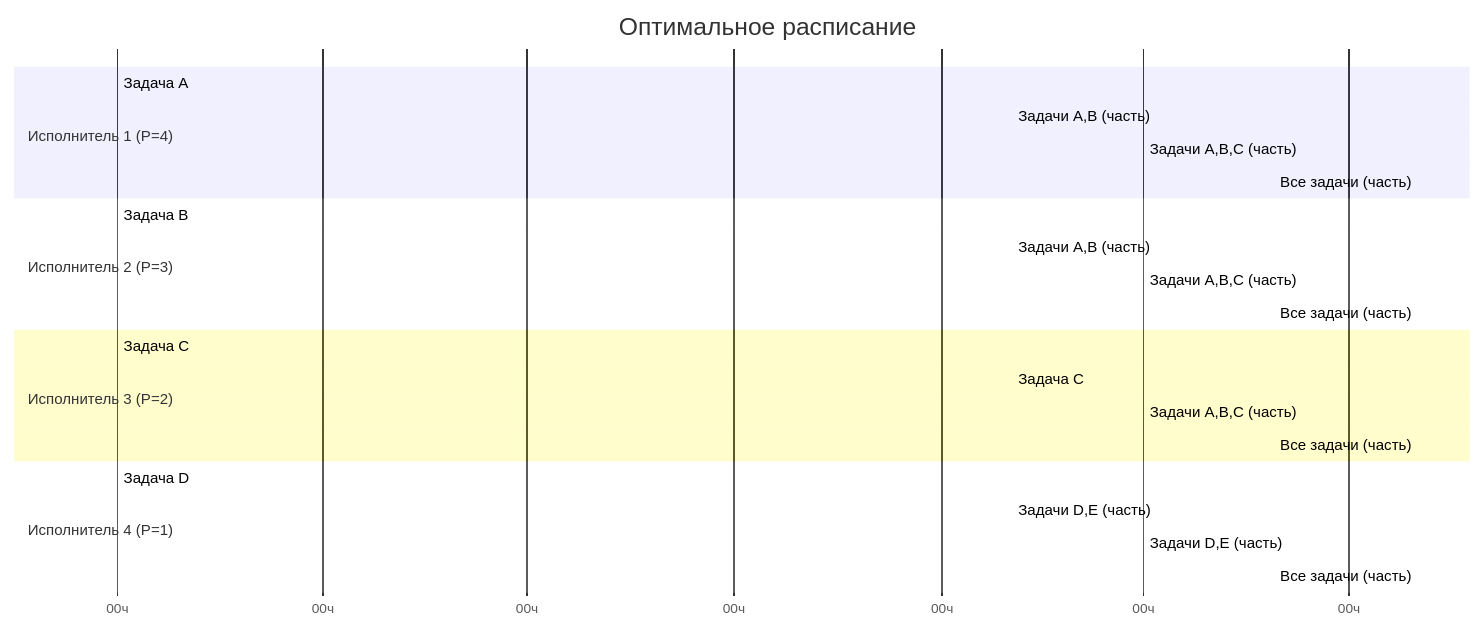
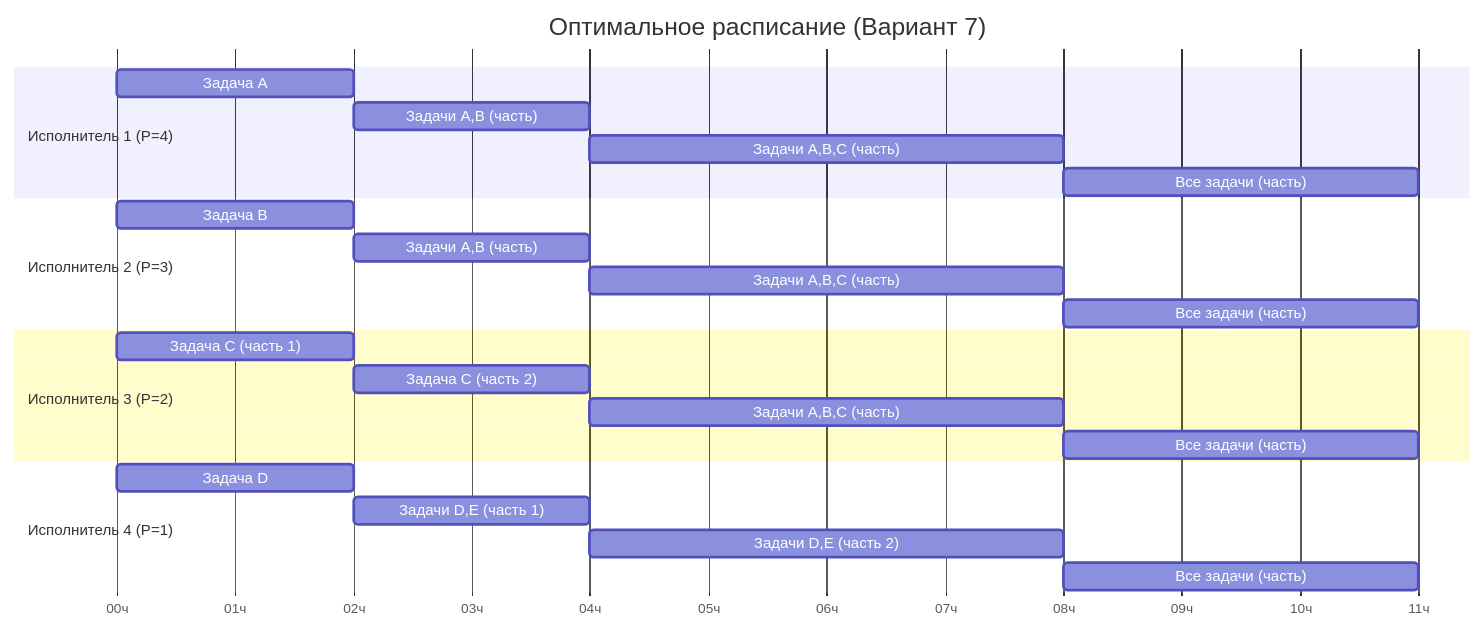
Before and after one commit to algos-ris-24-4/manual-tasks: the diagram in Задание 5/krytie 5.md, drawn with Mermaid.

Commit message:
Redacted twice 2

````diff
--- a/Задание 5/krytie 5.md
+++ b/Задание 5/krytie 5.md
@@ -108,31 +108,30 @@
 ```mermaid
 gantt
-    title Оптимальное расписание
-    dateFormat HH
+    title Оптимальное расписание (Вариант 7)
+    dateFormat YYYY-MM-DD HH
     axisFormat %Hч
-
-
-section Исполнитель 1 (P=4)
-    Задача A: 0, 2
-    Задачи A,B (часть): 2, 2
-    Задачи A,B,C (часть): 4, 4
-    Все задачи (часть): 8, 3
+    
+    section Исполнитель 1 (P=4)
+    Задача A             : taskA1, 2025-12-17 00, 2h
+    Задачи A,B (часть)   : taskA2, after taskA1, 2h
+    Задачи A,B,C (часть) : taskA3, after taskA2, 4h
+    Все задачи (часть)   : taskA4, after taskA3, 3h
 
     section Исполнитель 2 (P=3)
-    Задача B: 0, 2
-    Задачи A,B (часть): 2, 2
-    Задачи A,B,C (часть): 4, 4
-    Все задачи (часть): 8, 3
+    Задача B             : taskB1, 2025-12-17 00, 2h
+    Задачи A,B (часть)   : taskB2, after taskB1, 2h
+    Задачи A,B,C (часть) : taskB3, after taskB2, 4h
+    Все задачи (часть)   : taskB4, after taskB3, 3h
 
     section Исполнитель 3 (P=2)
-    Задача C: 0, 2
-    Задача C: 2, 2
-    Задачи A,B,C (часть): 4, 4
-    Все задачи (часть): 8, 3
+    Задача C (часть 1)   : taskC1, 2025-12-17 00, 2h
+    Задача C (часть 2)   : taskC2, after taskC1, 2h
+    Задачи A,B,C (часть) : taskC3, after taskC2, 4h
+    Все задачи (часть)   : taskC4, after taskC3, 3h
 
     section Исполнитель 4 (P=1)
-    Задача D: 0, 2
-    Задачи D,E (часть): 2, 2
-    Задачи D,E (часть): 4, 4
-    Все задачи (часть): 8, 3
+    Задача D             : taskD1, 2025-12-17 00, 2h
+    Задачи D,E (часть 1) : taskD2, after taskD1, 2h
+    Задачи D,E (часть 2) : taskD3, after taskD2, 4h
+    Все задачи (часть)   : taskD4, after taskD3, 3h
 ```
````
